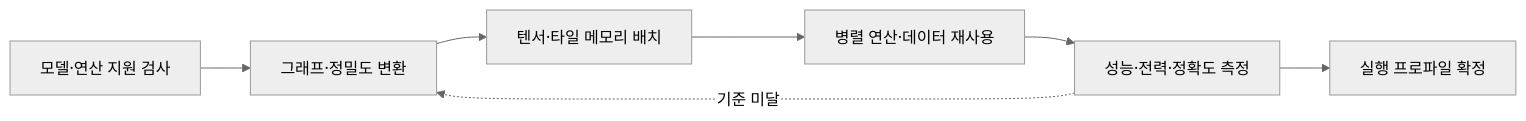
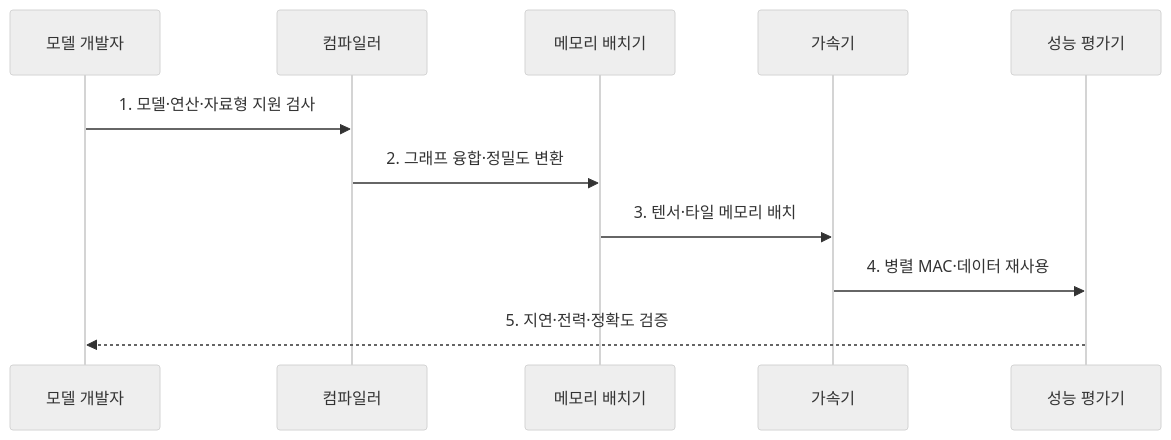
One commit to agnusdei1207/knowledge-base changed the second of 2 diagrams in src/content/docs/notes/08-latest-tech/140_ai_accelerator.md. Above: the diagram before and after it, drawn with Mermaid (neutral theme). The commit also changed other lines of this file and 23 other files, not shown here.

````diff
--- a/src/content/docs/notes/08-latest-tech/140_ai_accelerator.md
+++ b/src/content/docs/notes/08-latest-tech/140_ai_accelerator.md
@@ -77,9 +79,13 @@
 ```mermaid
-flowchart LR
-    A[모델·연산 지원 검사] --> B[그래프·정밀도 변환]
-    B --> C[텐서·타일 메모리 배치]
-    C --> D[병렬 연산·데이터 재사용]
-    D --> E[성능·전력·정확도 측정]
-    E --> F[실행 프로파일 확정]
-    E -. 기준 미달 .-> B
+sequenceDiagram
+    participant M as 모델 개발자
+    participant C as 컴파일러
+    participant O as 메모리 배치기
+    participant A as 가속기
+    participant E as 성능 평가기
+    M->>C: 1. 모델·연산·자료형 지원 검사
+    C->>O: 2. 그래프 융합·정밀도 변환
+    O->>A: 3. 텐서·타일 메모리 배치
+    A->>E: 4. 병렬 MAC·데이터 재사용
+    E-->>M: 5. 지연·전력·정확도 검증
 ```
````
